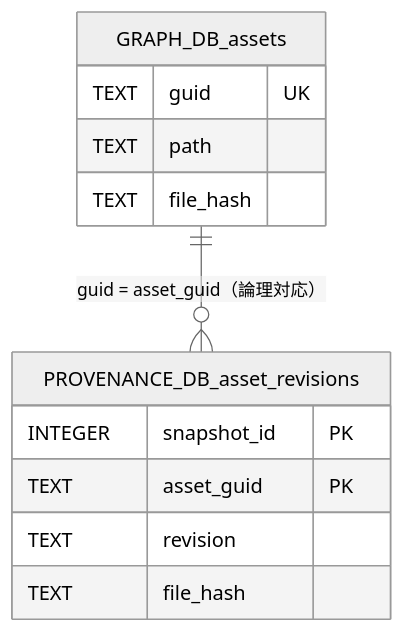
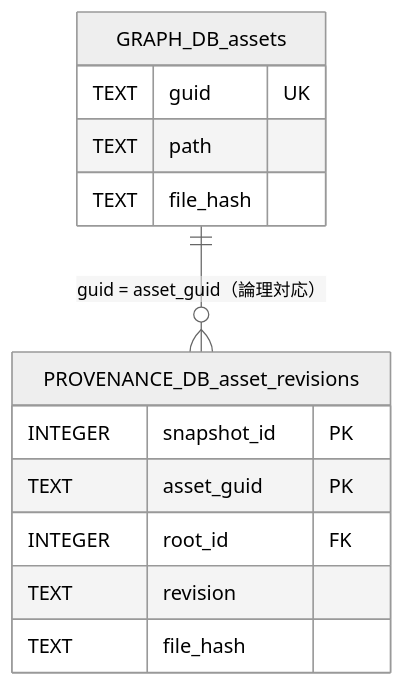
The diagram in docs/spec/databases/README.md (murnana/unity-ariadne), drawn with Mermaid (neutral theme) before and after one commit. The commit also changed other lines of this file and 2 other files, not shown here.

First line of the commit message:
Spec: provenance per VCS root (multi-remote, submodules, mixed VCS)

````diff
--- a/docs/spec/databases/README.md
+++ b/docs/spec/databases/README.md
@@ -15,15 +15,16 @@
 ```mermaid
 erDiagram
     GRAPH_DB_assets ||--o{ PROVENANCE_DB_asset_revisions : "guid = asset_guid（論理対応）"
     GRAPH_DB_assets {
         TEXT guid UK
         TEXT path
         TEXT file_hash
     }
     PROVENANCE_DB_asset_revisions {
         INTEGER snapshot_id PK
         TEXT asset_guid PK
+        INTEGER root_id FK
         TEXT revision
         TEXT file_hash
     }
 ```
````
